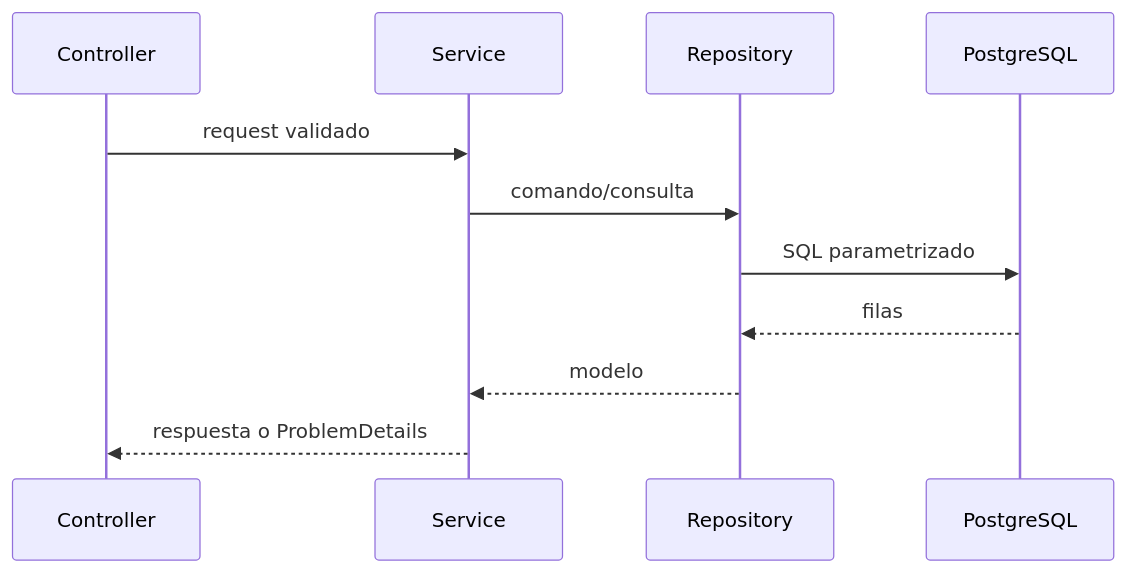
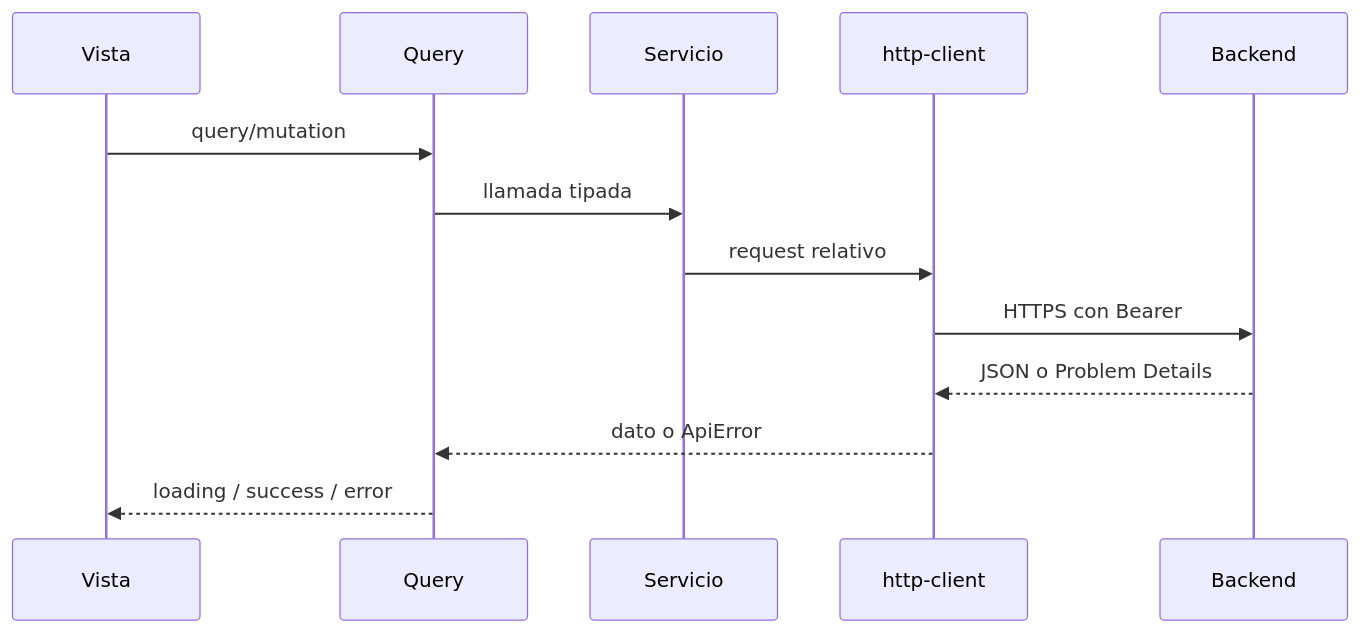
The eighth of 19 diagrams in lisource-frontend/README.md (lisudea/technical-test-2026-2), drawn with Mermaid before and after one commit. The commit also changed other lines of this file and 1 other file, not shown here.

````diff
--- a/lisource-frontend/README.md
+++ b/lisource-frontend/README.md
@@ -403,13 +374,15 @@
 ```mermaid
 sequenceDiagram
-  participant C as Controller
-  participant S as Service
-  participant R as Repository
-  participant P as PostgreSQL
-  C->>S: request validado
-  S->>R: comando/consulta
-  R->>P: SQL parametrizado
-  P-->>R: filas
-  R-->>S: modelo
-  S-->>C: respuesta o ProblemDetails
+  participant V as Vista
+  participant Q as Query
+  participant S as Servicio
+  participant H as http-client
+  participant B as Backend
+  V->>Q: query/mutation
+  Q->>S: llamada tipada
+  S->>H: request relativo
+  H->>B: HTTPS con Bearer
+  B-->>H: JSON o Problem Details
+  H-->>Q: dato o ApiError
+  Q-->>V: loading / success / error
 ```
````
